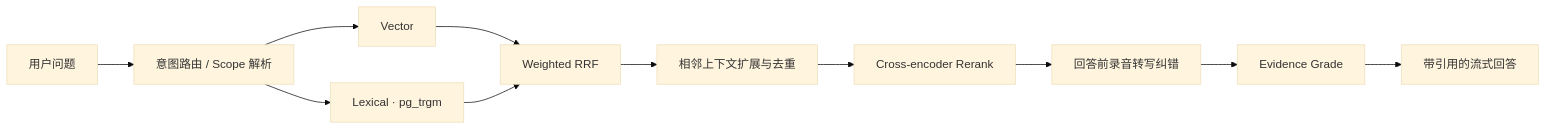
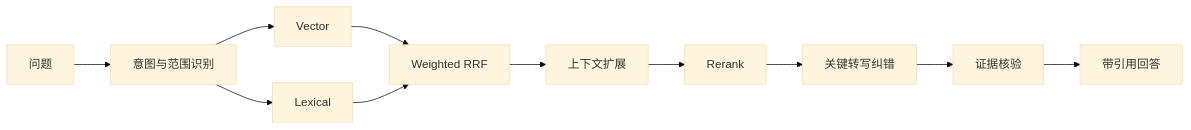
Before and after one commit to Sxs7513/AIRecordSummary: the second of 3 diagrams in README.md, drawn with Mermaid (base theme). The commit also changed other lines of this file and 34 other files, not shown here.

````diff
--- a/README.md
+++ b/README.md
@@ -138,13 +56,13 @@
 ```mermaid
 flowchart LR
-    Q["用户问题"] --> RT["意图路由 / Scope 解析"]
-    RT --> V["Vector"]
-    RT --> L["Lexical · pg_trgm"]
-    V --> RRF["Weighted RRF"]
-    L --> RRF
-    RRF --> EX["相邻上下文扩展与去重"]
-    EX --> RR["Cross-encoder Rerank"]
-    RR --> ADJ["回答前录音转写纠错"]
-    ADJ --> GR["Evidence Grade"]
-    GR --> AN["带引用的流式回答"]
+    Q["问题"] --> R["意图与范围识别"]
+    R --> V["Vector"]
+    R --> L["Lexical"]
+    V --> F["Weighted RRF"]
+    L --> F
+    F --> E["上下文扩展"]
+    E --> RR["Rerank"]
+    RR --> C["关键转写纠错"]
+    C --> G["证据核验"]
+    G --> A["带引用回答"]
 ```
````
